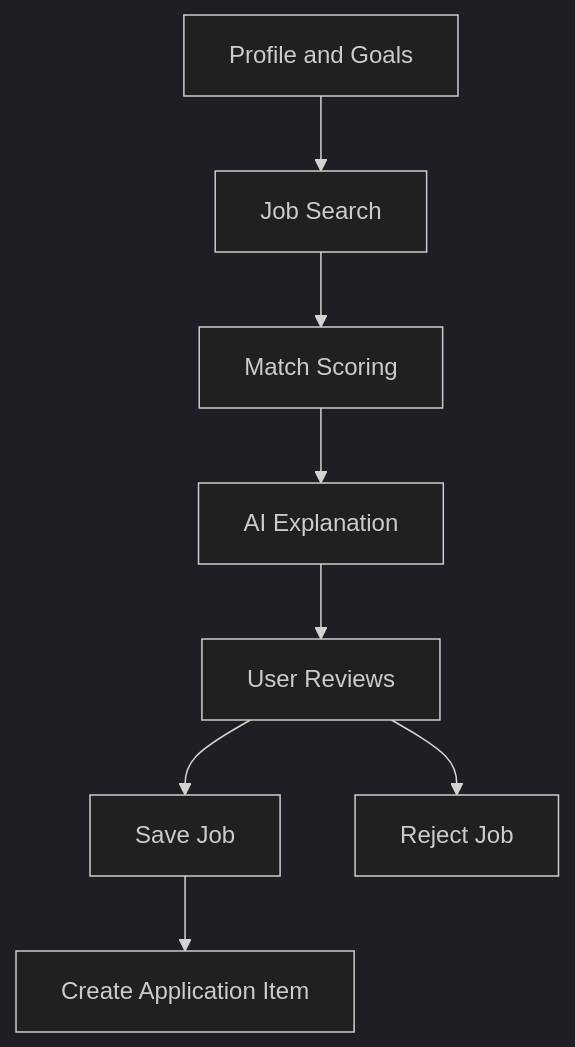
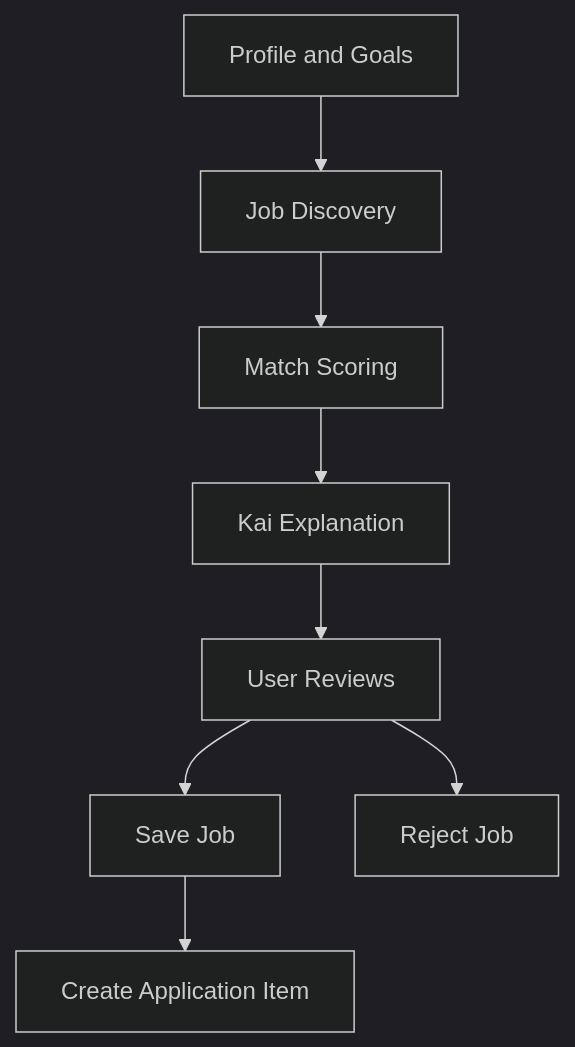
One commit to Mirzzie/Fadi changed the third of 6 diagrams in docs/MVP_USER_JOURNEYS.md. Above: the diagram before and after it, drawn with Mermaid (dark theme). The commit also changed other lines of this file and 65 other files, not shown here.

First line of the commit message:
docs: update architecture docs for Better Auth, Kai, and data sources

````diff
--- a/docs/MVP_USER_JOURNEYS.md
+++ b/docs/MVP_USER_JOURNEYS.md
@@ -76,10 +81,10 @@
 ```mermaid
 flowchart TD
-    Profile[Profile and Goals] --> Search[Job Search]
+    Profile[Profile and Goals] --> Search[Job Discovery]
     Search --> Match[Match Scoring]
-    Match --> Explain[AI Explanation]
+    Match --> Explain[Kai Explanation]
     Explain --> User[User Reviews]
     User --> Save[Save Job]
     User --> Reject[Reject Job]
     Save --> Track[Create Application Item]
 ```
````
